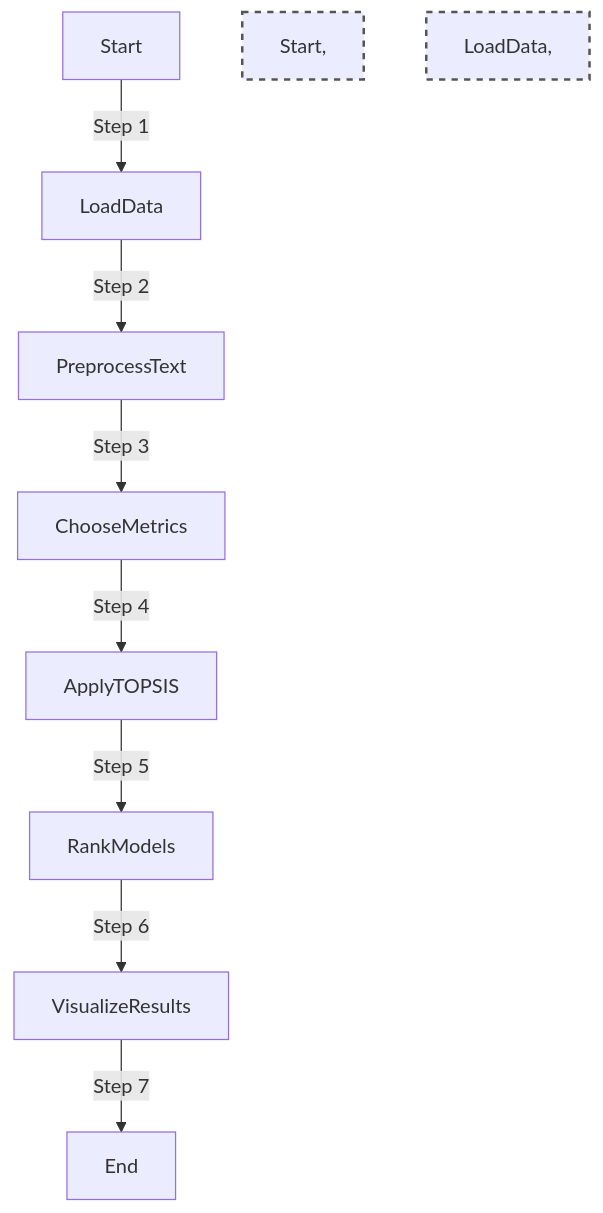
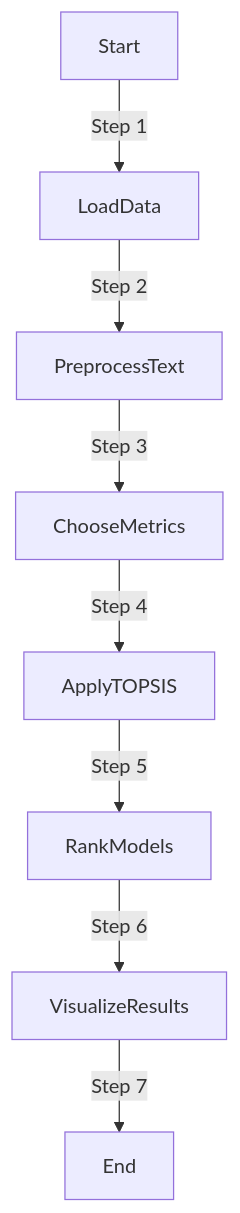
Before and after one commit to PriyalSingla/Pretrained_text_conversational_model_comparision_using_topsis: the diagram in readme.md, drawn with Mermaid.

````diff
--- a/readme.md
+++ b/readme.md
@@ -3,14 +3,11 @@
 ```mermaid
 graph TD;
   Start -->|Step 1| LoadData;
   LoadData -->|Step 2| PreprocessText;
   PreprocessText -->|Step 3| ChooseMetrics;
   ChooseMetrics -->|Step 4| ApplyTOPSIS;
   ApplyTOPSIS -->|Step 5| RankModels;
   RankModels -->|Step 6| VisualizeResults;
   VisualizeResults -->|Step 7| End;
 
-style Start, End fill:#77b5e3,stroke:#555,stroke-width:2px,stroke-dasharray: 5,5;
-style LoadData, PreprocessText, ChooseMetrics, ApplyTOPSIS, RankModels, VisualizeResults fill:#8cd17d,stroke:#555,stroke-width:2px,stroke-dasharray: 5,5;
-
 ```
````
